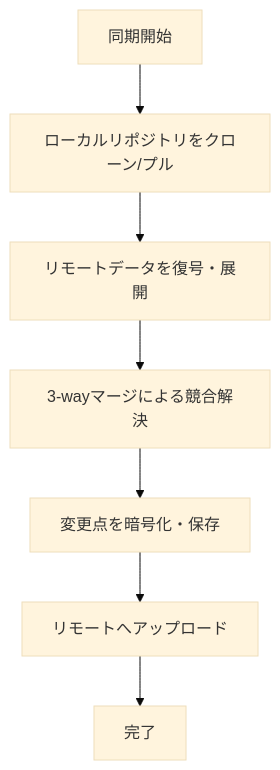
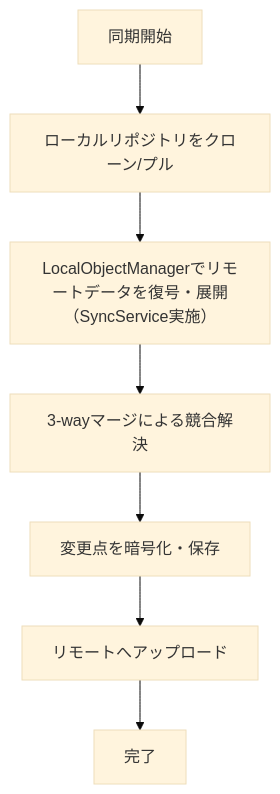
One commit to masahide/SecureNotesSyncVSCodeExt changed the seventh of 10 diagrams in docs/spec.md. Above: the diagram before and after it, drawn with Mermaid (base theme). The commit also changed other lines of this file and 11 other files, not shown here.

````diff
--- a/docs/spec.md
+++ b/docs/spec.md
@@ -229,9 +229,9 @@
 ```mermaid
 graph TD
     A[同期開始] --> B[ローカルリポジトリをクローン/プル];
-    B --> C[リモートデータを復号・展開];
+    B --> C[LocalObjectManagerでリモートデータを復号・展開（SyncService実施）];
     C --> D[3-wayマージによる競合解決];
     D --> E[変更点を暗号化・保存];
     E --> F[リモートへアップロード];
     F --> G[完了];
 ```
````
